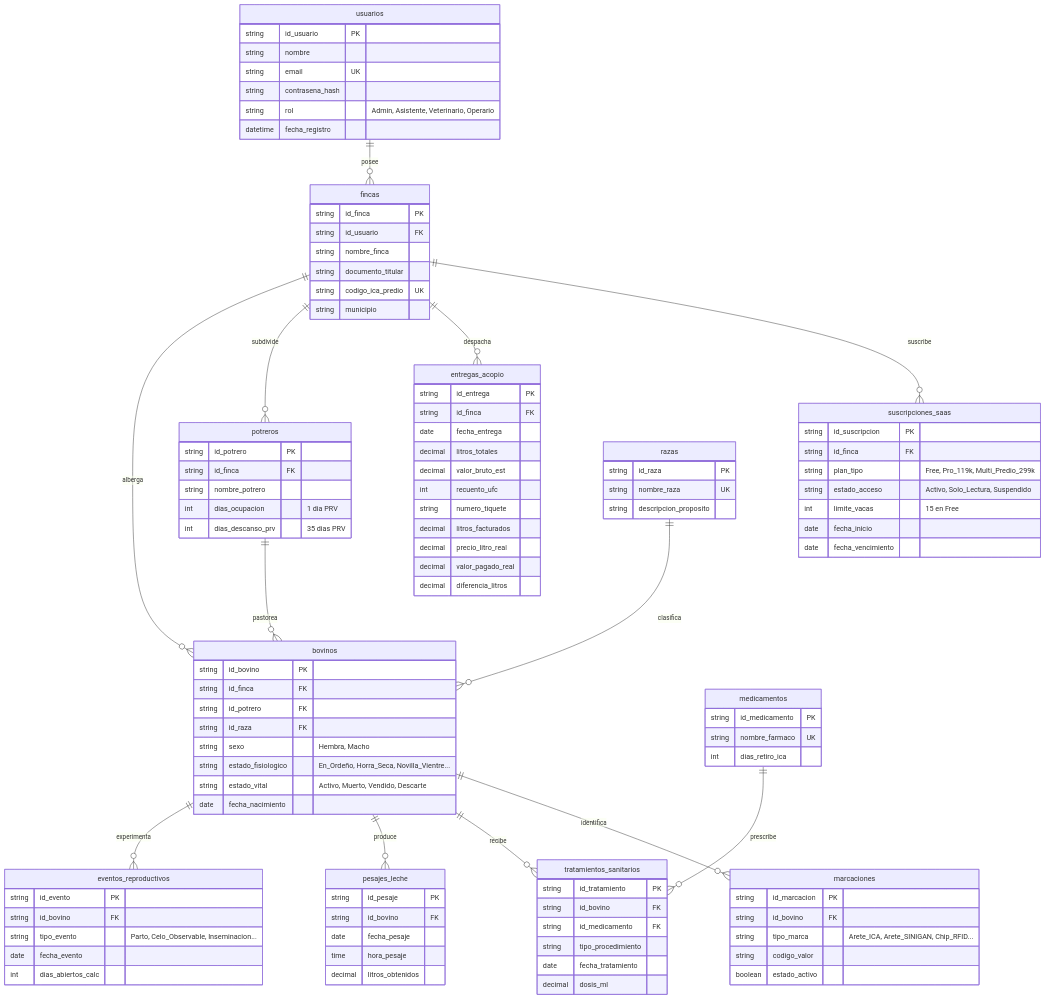
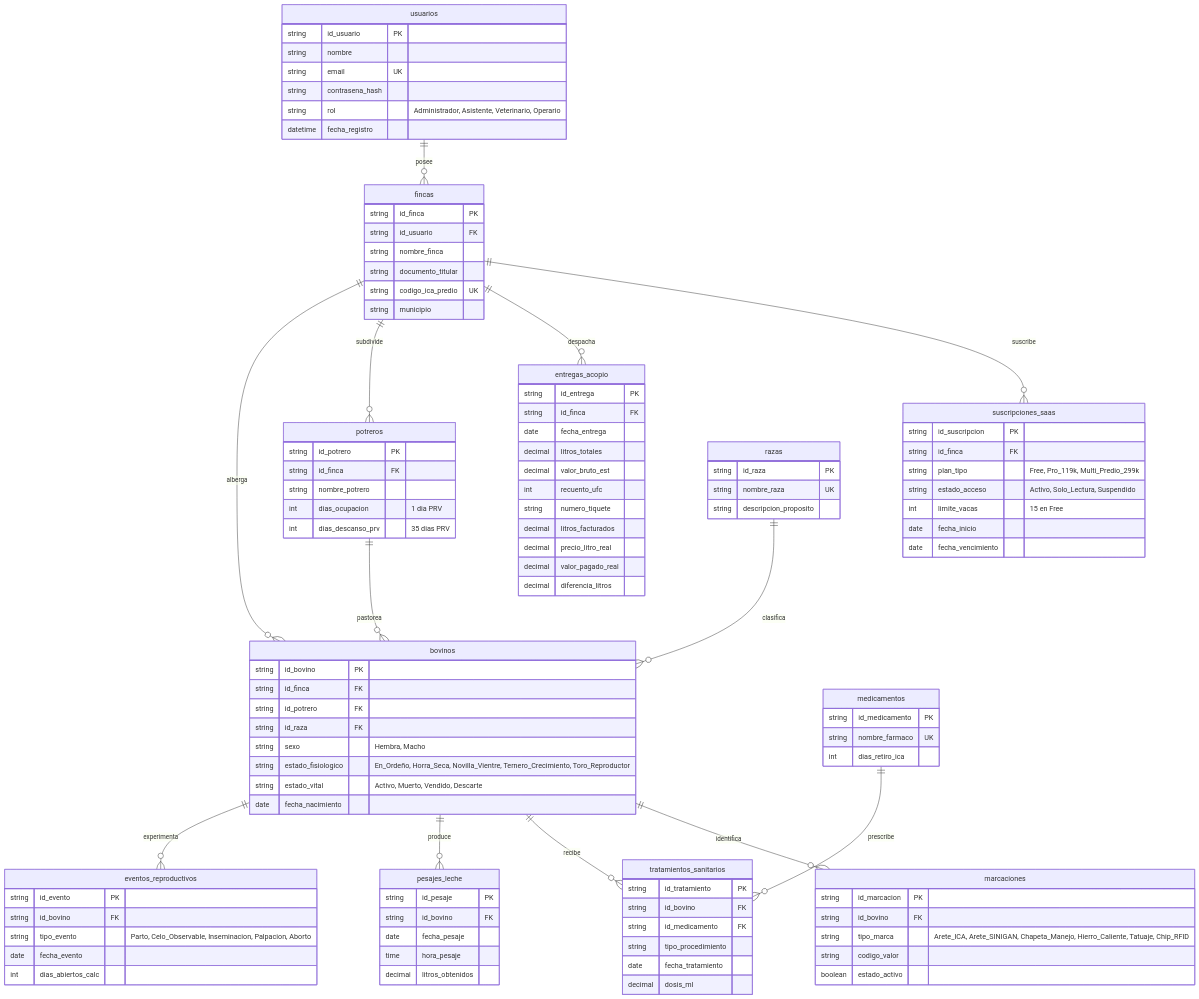
Before and after one commit to jeiserlabs/proganado: the diagram in 01_Base_de_Datos_SQL/proganado_mer.mmd, drawn with Mermaid. The commit also changed 29 other files, not shown here.

```diff
--- a/01_Base_de_Datos_SQL/proganado_mer.mmd
+++ b/01_Base_de_Datos_SQL/proganado_mer.mmd
@@ -1,119 +1,119 @@
 erDiagram
     usuarios ||--o{ fincas : "posee"
     fincas ||--o{ suscripciones_saas : "suscribe"
     fincas ||--o{ entregas_acopio : "despacha"
     fincas ||--o{ potreros : "subdivide"
     fincas ||--o{ bovinos : "alberga"
     potreros ||--o{ bovinos : "pastorea"
     razas ||--o{ bovinos : "clasifica"
     bovinos ||--o{ marcaciones : "identifica"
     bovinos ||--o{ tratamientos_sanitarios : "recibe"
     medicamentos ||--o{ tratamientos_sanitarios : "prescribe"
     bovinos ||--o{ pesajes_leche : "produce"
     bovinos ||--o{ eventos_reproductivos : "experimenta"
 
     usuarios {
         string id_usuario PK
         string nombre
         string email UK
         string contrasena_hash
-        string rol "Admin, Asistente, Veterinario, Operario"
+        string rol "Administrador, Asistente, Veterinario, Operario"
         datetime fecha_registro
     }
 
     fincas {
         string id_finca PK
         string id_usuario FK
         string nombre_finca
         string documento_titular
         string codigo_ica_predio UK
         string municipio
     }
 
     suscripciones_saas {
         string id_suscripcion PK
         string id_finca FK
         string plan_tipo "Free, Pro_119k, Multi_Predio_299k"
         string estado_acceso "Activo, Solo_Lectura, Suspendido"
         int limite_vacas "15 en Free"
         date fecha_inicio
         date fecha_vencimiento
     }
 
     entregas_acopio {
         string id_entrega PK
         string id_finca FK
         date fecha_entrega
         decimal litros_totales
         decimal valor_bruto_est
         int recuento_ufc
         string numero_tiquete
         decimal litros_facturados
         decimal precio_litro_real
         decimal valor_pagado_real
         decimal diferencia_litros
     }
 
     potreros {
         string id_potrero PK
         string id_finca FK
         string nombre_potrero
         int dias_ocupacion "1 dia PRV"
         int dias_descanso_prv "35 dias PRV"
     }
 
     razas {
         string id_raza PK
         string nombre_raza UK
         string descripcion_proposito
     }
 
     bovinos {
         string id_bovino PK
         string id_finca FK
         string id_potrero FK
         string id_raza FK
         string sexo "Hembra, Macho"
-        string estado_fisiologico "En_Ordeño, Horra_Seca, Novilla_Vientre..."
+        string estado_fisiologico "En_Ordeño, Horra_Seca, Novilla_Vientre, Ternero_Crecimiento, Toro_Reproductor"
         string estado_vital "Activo, Muerto, Vendido, Descarte"
         date fecha_nacimiento
     }
 
     marcaciones {
         string id_marcacion PK
         string id_bovino FK
-        string tipo_marca "Arete_ICA, Arete_SINIGAN, Chip_RFID..."
+        string tipo_marca "Arete_ICA, Arete_SINIGAN, Chapeta_Manejo, Hierro_Caliente, Tatuaje, Chip_RFID"
         string codigo_valor
         boolean estado_activo
     }
 
     medicamentos {
         string id_medicamento PK
         string nombre_farmaco UK
         int dias_retiro_ica
     }
 
     tratamientos_sanitarios {
         string id_tratamiento PK
         string id_bovino FK
         string id_medicamento FK
         string tipo_procedimiento
         date fecha_tratamiento
         decimal dosis_ml
     }
 
     pesajes_leche {
         string id_pesaje PK
         string id_bovino FK
         date fecha_pesaje
         time hora_pesaje
         decimal litros_obtenidos
     }
 
     eventos_reproductivos {
         string id_evento PK
         string id_bovino FK
-        string tipo_evento "Parto, Celo_Observable, Inseminacion..."
+        string tipo_evento "Parto, Celo_Observable, Inseminacion, Palpacion, Aborto"
         date fecha_evento
         int dias_abiertos_calc
     }
```
